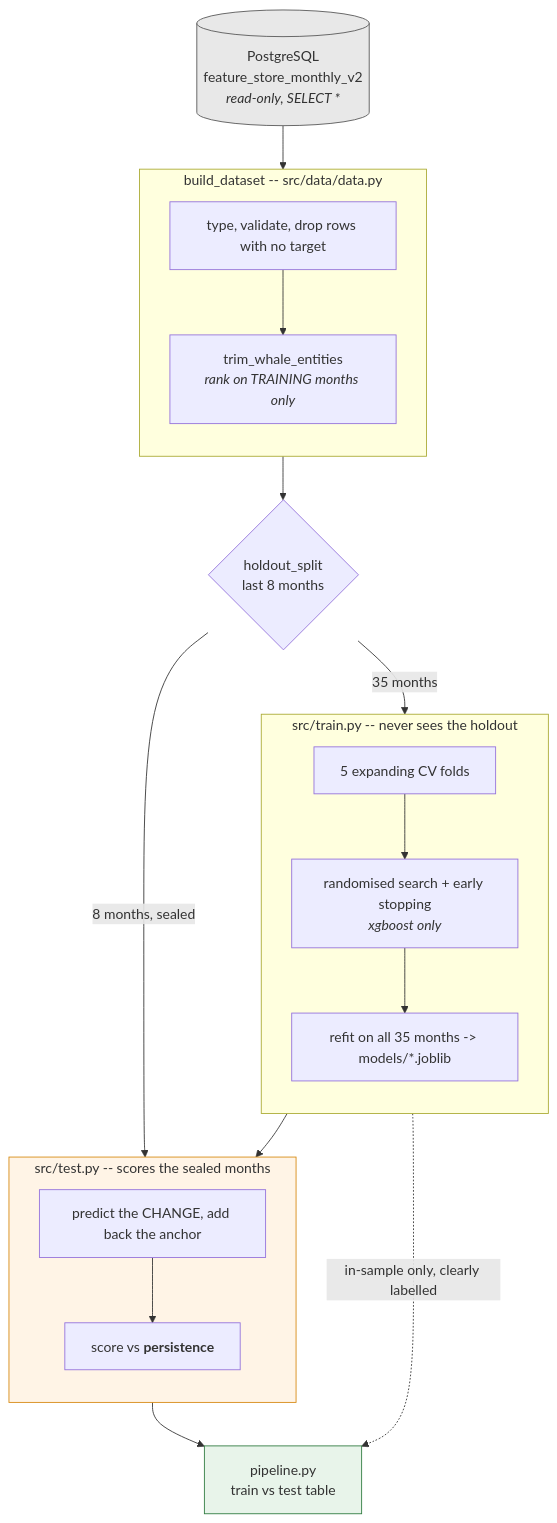
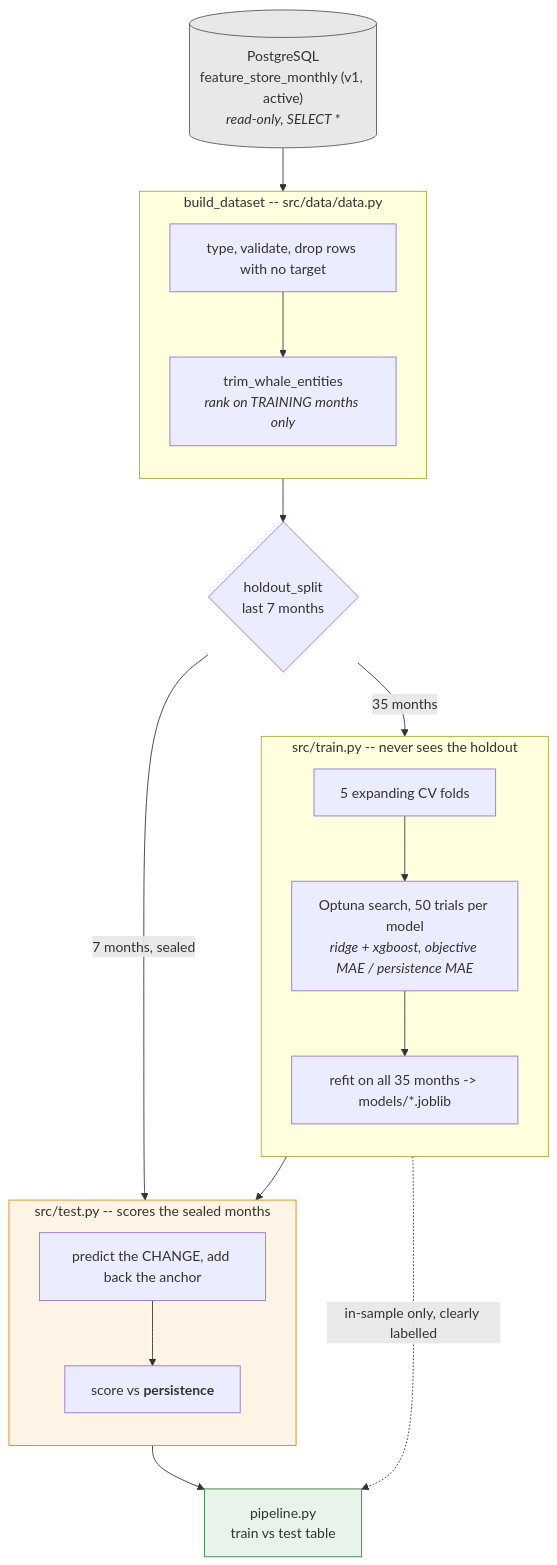
One commit to jam-makh/ml_prediction changed the diagram in README.md. Above: the diagram before and after it, drawn with Mermaid. The commit also changed other lines of this file and 16 other files, not shown here.

Commit message:
Switch to Optuna search

````diff
--- a/README.md
+++ b/README.md
@@ -15,41 +15,41 @@
 ```mermaid
 flowchart TD
-    DB[("PostgreSQL<br/>feature_store_monthly_v2<br/><i>read-only, SELECT *</i>")]
+    DB[("PostgreSQL<br/>feature_store_monthly (v1, active)<br/><i>read-only, SELECT *</i>")]
     DB --> BUILD
 
     subgraph BUILD["build_dataset -- src/data/data.py"]
         direction TB
         B1["type, validate, drop rows with no target"]
         B2["trim_whale_entities<br/><i>rank on TRAINING months only</i>"]
         B1 --> B2
     end
 
-    BUILD --> CUT{"holdout_split<br/>last 8 months"}
+    BUILD --> CUT{"holdout_split<br/>last 7 months"}
 
     CUT -->|"35 months"| TRAIN
-    CUT -->|"8 months, sealed"| TEST
+    CUT -->|"7 months, sealed"| TEST
 
     subgraph TRAIN["src/train.py -- never sees the holdout"]
         direction TB
         T1["5 expanding CV folds"]
-        T2["randomised search + early stopping<br/><i>xgboost only</i>"]
+        T2["Optuna search, 50 trials per model<br/><i>ridge + xgboost, objective MAE / persistence MAE</i>"]
         T3["refit on all 35 months -> models/*.joblib"]
         T1 --> T2 --> T3
     end
 
     TRAIN --> TEST
 
     subgraph TEST["src/test.py -- scores the sealed months"]
         direction TB
         S1["predict the CHANGE, add back the anchor"]
         S2["score vs <b>persistence</b>"]
         S1 --> S2
     end
 
     TEST --> TABLE["pipeline.py<br/>train vs test table"]
     TRAIN -.->|"in-sample only, clearly labelled"| TABLE
 
     style DB fill:#e8e8e8,stroke:#555
     style TEST fill:#fff4e6,stroke:#d68910
     style TABLE fill:#e8f4ea,stroke:#2d7a3e
 ```
````
